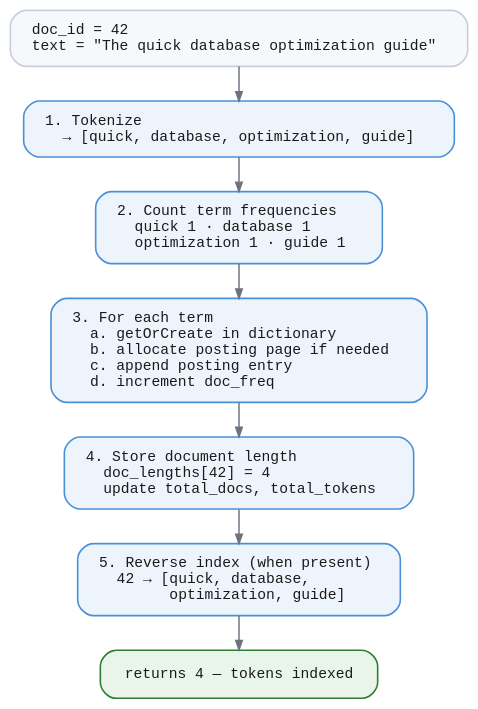
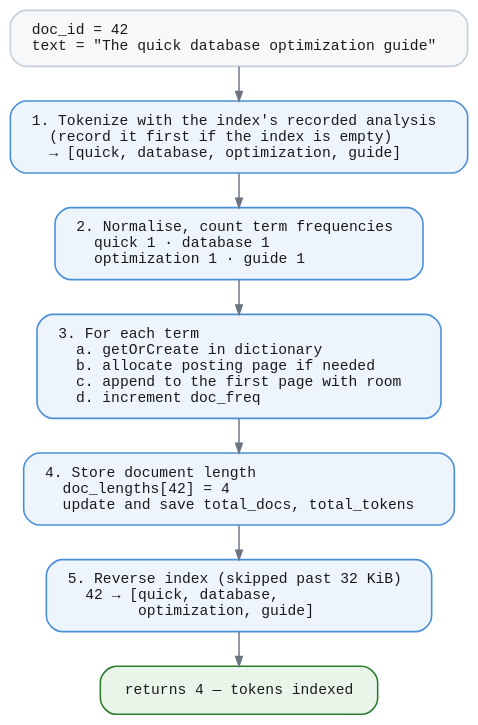
The diagram in book/diagrams/fts-index-document.dot (jeffhajewski/latticedb), drawn with Graphviz before and after one commit. The commit also changed 15 other files, not shown here.

First line of the commit message:
Bring the full-text search diagrams in line with the code

```diff
--- a/book/diagrams/fts-index-document.dot
+++ b/book/diagrams/fts-index-document.dot
@@ -1,23 +1,24 @@
-// Indexing one document: tokenize, count, write postings, record length.
+// Indexing one document: tokenize, count, write postings, record length,
+// record the terms for later removal. Every key carries the scope prefix.
 digraph fts_index_document {
   bgcolor="transparent"
   rankdir=TB
   nodesep=0.3
   ranksep=0.36
   fontname="Helvetica,Arial,sans-serif"
   node [shape=box style="filled,rounded" fillcolor="#eef4fb" color="#4a90d9"
         penwidth=1.2 fontname="Menlo,Consolas,monospace" fontsize=11
         fontcolor="#1a1a1a" margin="0.22,0.13"]
   edge [color="#6b7280" penwidth=1.1 arrowsize=0.7]
 
   in [label="doc_id = 42\ltext = \"The quick database optimization guide\"\l"
       fillcolor="#f6f8fa" color="#c7d0da"]
-  s1 [label="1. Tokenize\l   → [quick, database, optimization, guide]\l"]
-  s2 [label="2. Count term frequencies\l   quick 1 · database 1\l   optimization 1 · guide 1\l"]
-  s3 [label="3. For each term\l   a. getOrCreate in dictionary\l   b. allocate posting page if needed\l   c. append posting entry\l   d. increment doc_freq\l"]
-  s4 [label="4. Store document length\l   doc_lengths[42] = 4\l   update total_docs, total_tokens\l"]
-  s5 [label="5. Reverse index (when present)\l   42 → [quick, database,\l         optimization, guide]\l"]
+  s1 [label="1. Tokenize with the index's recorded analysis\l   (record it first if the index is empty)\l   → [quick, database, optimization, guide]\l"]
+  s2 [label="2. Normalise, count term frequencies\l   quick 1 · database 1\l   optimization 1 · guide 1\l"]
+  s3 [label="3. For each term\l   a. getOrCreate in dictionary\l   b. allocate posting page if needed\l   c. append to the first page with room\l   d. increment doc_freq\l"]
+  s4 [label="4. Store document length\l   doc_lengths[42] = 4\l   update and save total_docs, total_tokens\l"]
+  s5 [label="5. Reverse index (skipped past 32 KiB)\l   42 → [quick, database,\l         optimization, guide]\l"]
   out [label="returns 4 — tokens indexed" fillcolor="#eaf5ea" color="#2f7d32"]
 
   in -> s1 -> s2 -> s3 -> s4 -> s5 -> out
 }
```
